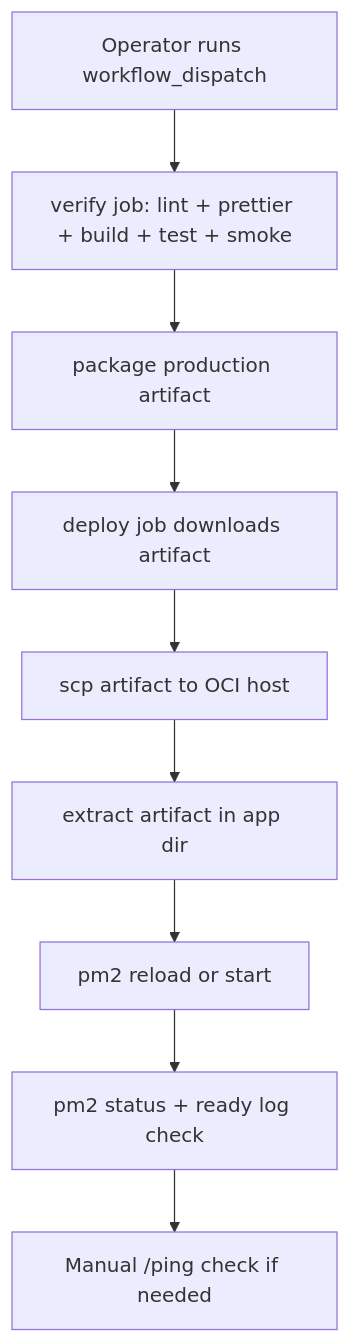
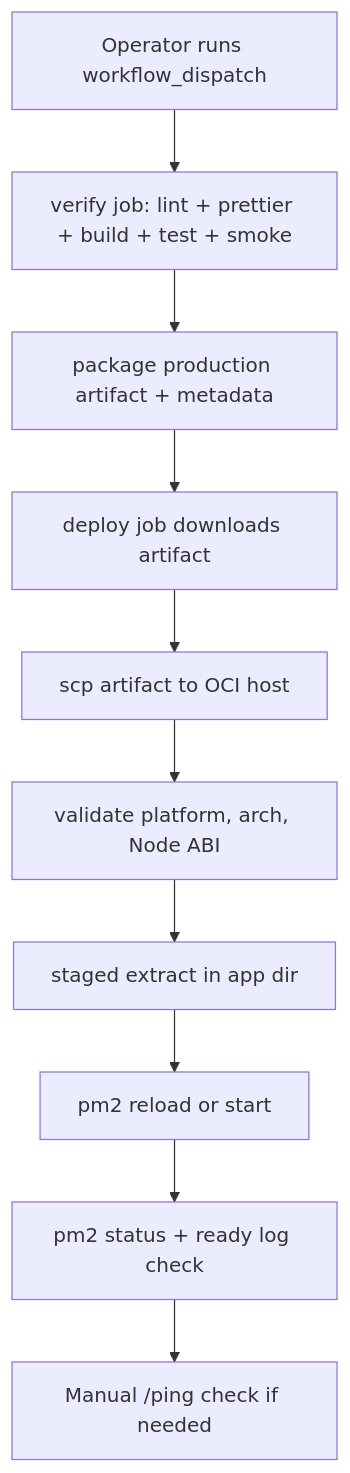
The diagram in docs/PRODUCTION_RUNBOOK.md (honki12345/haruharu-discord-bot), drawn with Mermaid before and after one commit. The commit also changed other lines of this file and 5 other files, not shown here.

````diff
--- a/docs/PRODUCTION_RUNBOOK.md
+++ b/docs/PRODUCTION_RUNBOOK.md
@@ -16,11 +16,12 @@
 ```mermaid
 flowchart TD
   A[Operator runs workflow_dispatch] --> B[verify job: lint + prettier + build + test + smoke]
-  B --> C[package production artifact]
+  B --> C[package production artifact + metadata]
   C --> D[deploy job downloads artifact]
   D --> E[scp artifact to OCI host]
-  E --> F[extract artifact in app dir]
-  F --> G[pm2 reload or start]
-  G --> H[pm2 status + ready log check]
-  H --> I[Manual /ping check if needed]
+  E --> F[validate platform, arch, Node ABI]
+  F --> G[staged extract in app dir]
+  G --> H[pm2 reload or start]
+  H --> I[pm2 status + ready log check]
+  I --> J[Manual /ping check if needed]
 ```
````
